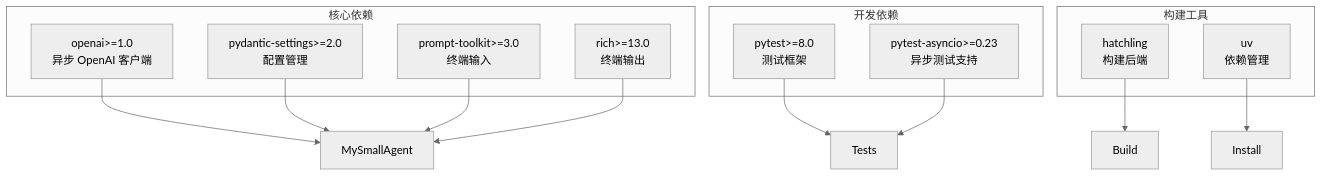
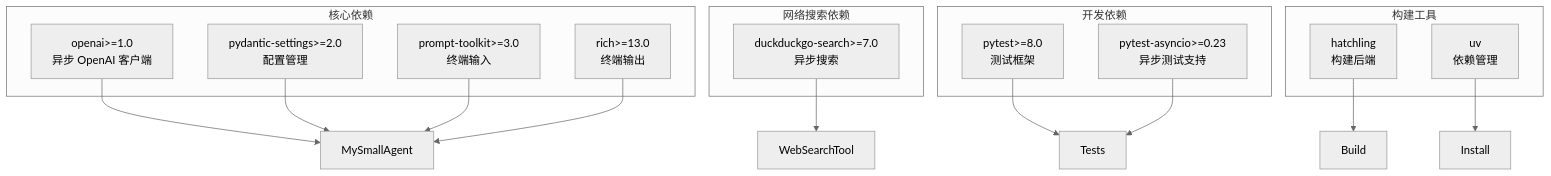
One commit to 250shiwo/MySmallAgent changed the eighth of 9 diagrams in .qoder/repowiki/zh/content/扩展开发/扩展开发.md. Above: the diagram before and after it, drawn with Mermaid (neutral theme). The commit also changed other lines of this file and 34 other files, not shown here.

````diff
--- a/.qoder/repowiki/zh/content/扩展开发/扩展开发.md
+++ b/.qoder/repowiki/zh/content/扩展开发/扩展开发.md
@@ -290,25 +398,29 @@
 ```mermaid
 graph TB
 subgraph "核心依赖"
 OpenAI[openai>=1.0<br/>异步 OpenAI 客户端]
 Pydantic[pydantic-settings>=2.0<br/>配置管理]
 Prompt[prompt-toolkit>=3.0<br/>终端输入]
 Rich[rich>=13.0<br/>终端输出]
+end
+subgraph "网络搜索依赖"
+DDGS[duckduckgo-search>=7.0<br/>异步搜索]
 end
 subgraph "开发依赖"
 PyTest[pytest>=8.0<br/>测试框架]
 AsyncIO[pytest-asyncio>=0.23<br/>异步测试支持]
 end
 subgraph "构建工具"
 Hatchling[hatchling<br/>构建后端]
 UV[uv<br/>依赖管理]
 end
 OpenAI --> MySmallAgent
 Pydantic --> MySmallAgent
 Prompt --> MySmallAgent
 Rich --> MySmallAgent
+DDGS --> WebSearchTool
 PyTest --> Tests
 AsyncIO --> Tests
 Hatchling --> Build
 UV --> Install
 ```
````
